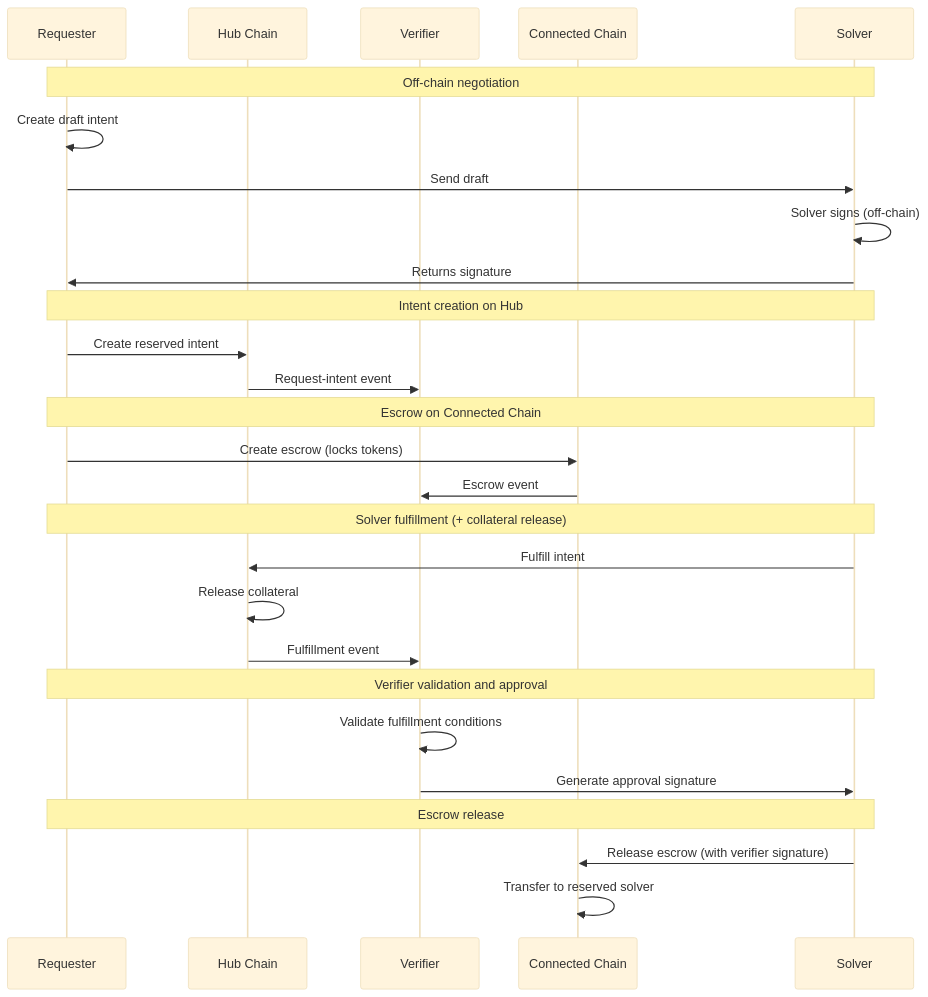
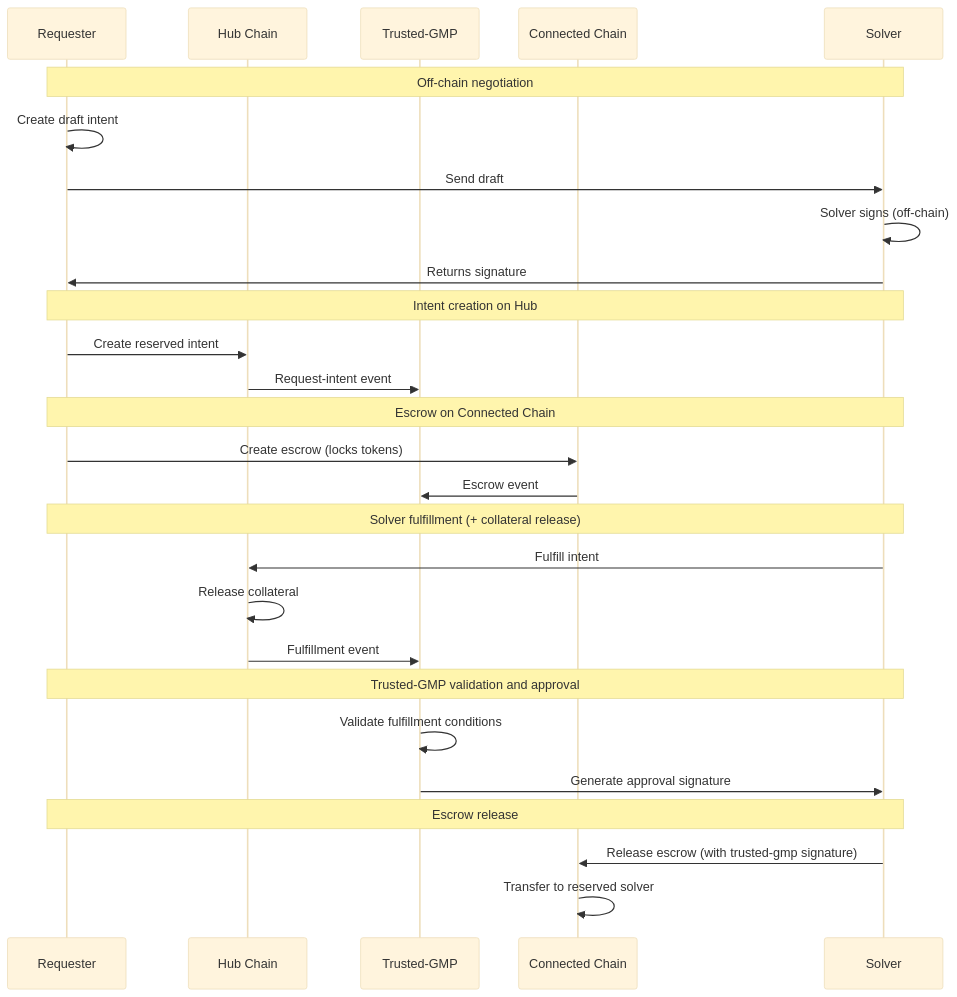
The diagram in docs/architecture/conception/conception_inflow.md (MoveIndustries/int3nts), drawn with Mermaid (base theme) before and after one commit. The commit also changed other lines of this file and 20 other files, not shown here.

First line of the commit message:
Rename solver verifier_client to coordinator_gmp_client

````diff
--- a/docs/architecture/conception/conception_inflow.md
+++ b/docs/architecture/conception/conception_inflow.md
@@ -15,35 +15,35 @@
 ```mermaid
 sequenceDiagram
     participant Requester
     participant Hub as Hub Chain
-    participant Verifier
+    participant TrustedGMP as Trusted-GMP
     participant Connected as Connected Chain
     participant Solver
 
     Note over Requester,Solver: Off-chain negotiation
     Requester->>Requester: Create draft intent
     Requester->>Solver: Send draft
     Solver->>Solver: Solver signs (off-chain)
     Solver->>Requester: Returns signature
 
     Note over Requester,Solver: Intent creation on Hub
     Requester->>Hub: Create reserved intent
-    Hub->>Verifier: Request-intent event
+    Hub->>TrustedGMP: Request-intent event
 
     Note over Requester,Solver: Escrow on Connected Chain
     Requester->>Connected: Create escrow (locks tokens)
-    Connected->>Verifier: Escrow event
+    Connected->>TrustedGMP: Escrow event
 
     Note over Requester,Solver: Solver fulfillment (+ collateral release)
     Solver->>Hub: Fulfill intent
     Hub->>Hub: Release collateral
-    Hub->>Verifier: Fulfillment event
+    Hub->>TrustedGMP: Fulfillment event
 
-    Note over Requester,Solver: Verifier validation and approval
-    Verifier->>Verifier: Validate fulfillment conditions
-    Verifier->>Solver: Generate approval signature
+    Note over Requester,Solver: Trusted-GMP validation and approval
+    TrustedGMP->>TrustedGMP: Validate fulfillment conditions
+    TrustedGMP->>Solver: Generate approval signature
 
     Note over Requester,Solver: Escrow release
-    Solver->>Connected: Release escrow (with verifier signature)
+    Solver->>Connected: Release escrow (with trusted-gmp signature)
     Connected->>Connected: Transfer to reserved solver
 ```
````
